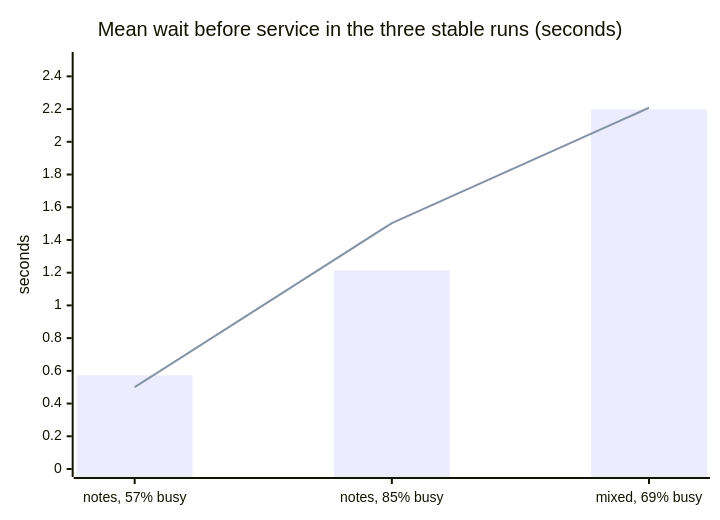
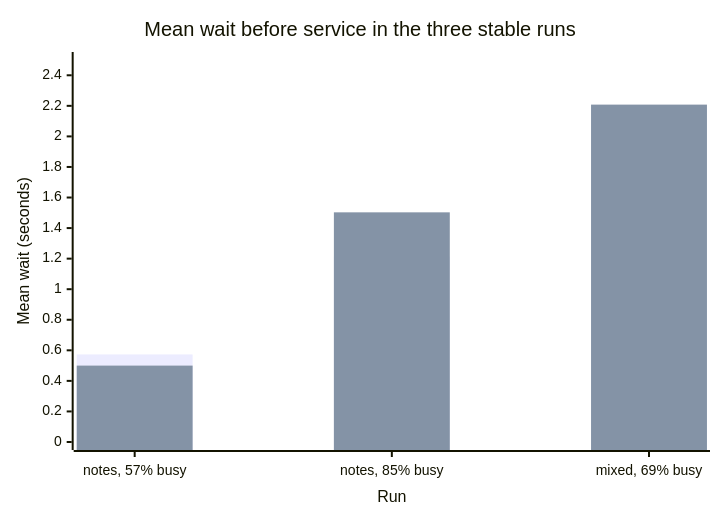
The first of 5 diagrams in book/textbook/ch10/profrod-sovereign-agent-ch10-schedules-stock-events-chapter.md (profrodai/sovereign-agent), drawn with Mermaid before and after one commit. The commit also changed other lines of this file and 14 other files, not shown here.

First line of the commit message:
Make every chart readable on its own: named series, titled axes, captions that explain

````diff
--- a/book/textbook/ch10/profrod-sovereign-agent-ch10-schedules-stock-events-chapter.md
+++ b/book/textbook/ch10/profrod-sovereign-agent-ch10-schedules-stock-events-chapter.md
@@ -163,8 +163,8 @@
 ```mermaid
 xychart-beta
-    title "Mean wait before service in the three stable runs (seconds)"
-    x-axis ["notes, 57% busy", "notes, 85% busy", "mixed, 69% busy"]
-    y-axis "seconds" 0 --> 2.5
-    bar [0.573, 1.214, 2.198]
-    line [0.5, 1.503, 2.208]
+    title "Mean wait before service in the three stable runs"
+    x-axis "Run" ["notes, 57% busy", "notes, 85% busy", "mixed, 69% busy"]
+    y-axis "Mean wait (seconds)" 0 --> 2.5
+    bar "Measured" [0.573, 1.214, 2.198]
+    bar "Pollaczek-Khinchine prediction" [0.5, 1.503, 2.208]
 ```
````
